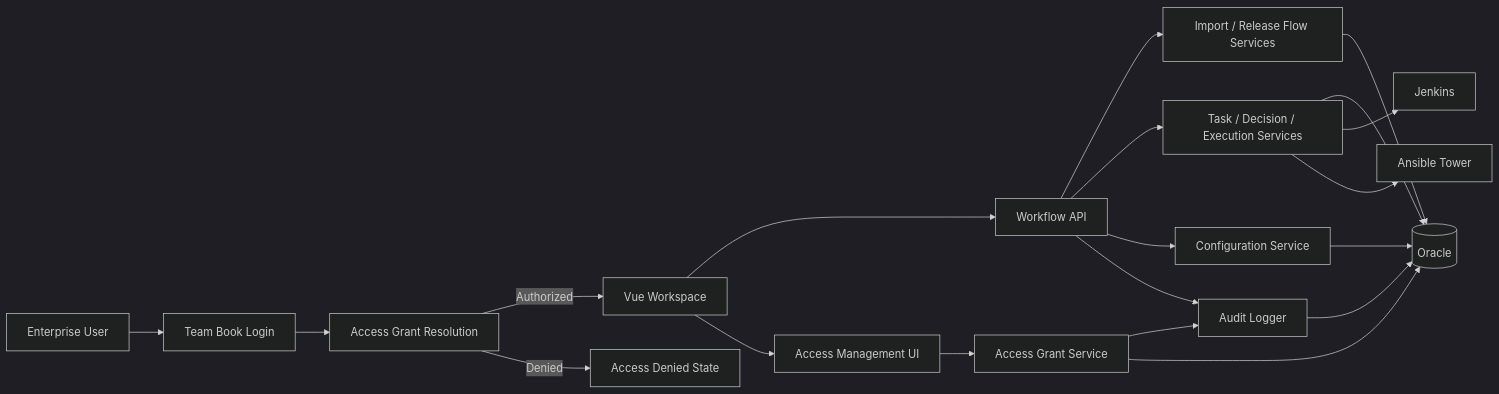
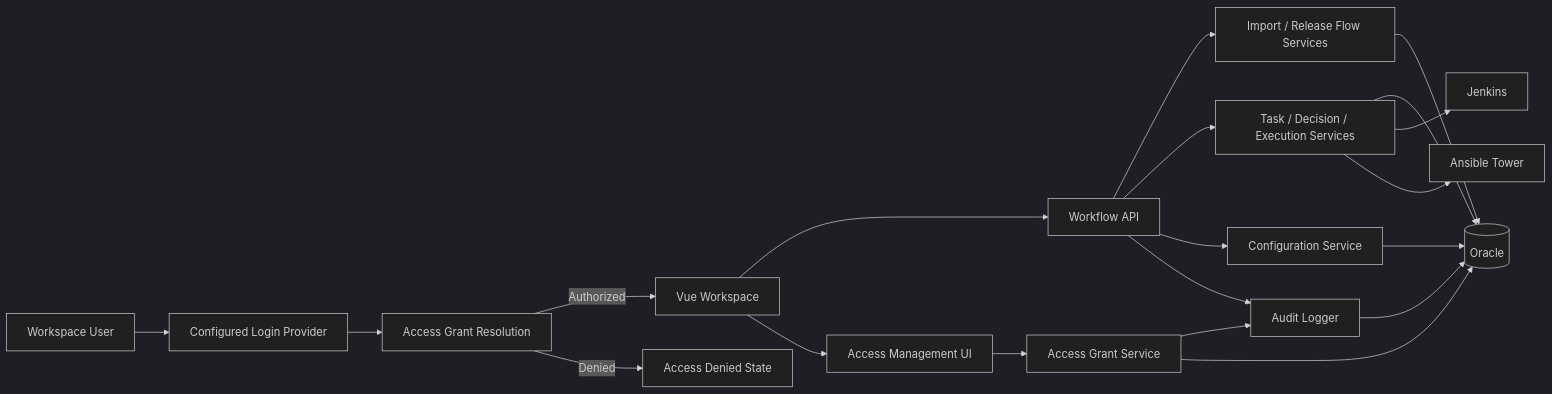
One commit to wwa-lab/deployment-agent changed the diagram in docs/05-design/design.md. Above: the diagram before and after it, drawn with Mermaid (dark theme). The commit also changed other lines of this file and 11 other files, not shown here.

````diff
--- a/docs/05-design/design.md
+++ b/docs/05-design/design.md
@@ -16,27 +16,27 @@
 ```mermaid
 flowchart LR
-    User[Enterprise User] --> Login[Team Book Login]
+    User[Workspace User] --> Login[Configured Login Provider]
     Login --> Authz[Access Grant Resolution]
     Authz -->|Authorized| UI[Vue Workspace]
     Authz -->|Denied| Denied[Access Denied State]
 
     UI --> WorkflowAPI[Workflow API]
     UI --> AccessUI[Access Management UI]
 
     WorkflowAPI --> Import[Import / Release Flow Services]
     WorkflowAPI --> Tasking[Task / Decision / Execution Services]
     WorkflowAPI --> Config[Configuration Service]
     WorkflowAPI --> Audit[Audit Logger]
 
     AccessUI --> AccessAPI[Access Grant Service]
     AccessAPI --> Audit
 
     Import --> Oracle[(Oracle)]
     Tasking --> Oracle
     Config --> Oracle
     Audit --> Oracle
     AccessAPI --> Oracle
 
     Tasking --> Jenkins[Jenkins]
     Tasking --> Ansible[Ansible Tower]
 ```
````
